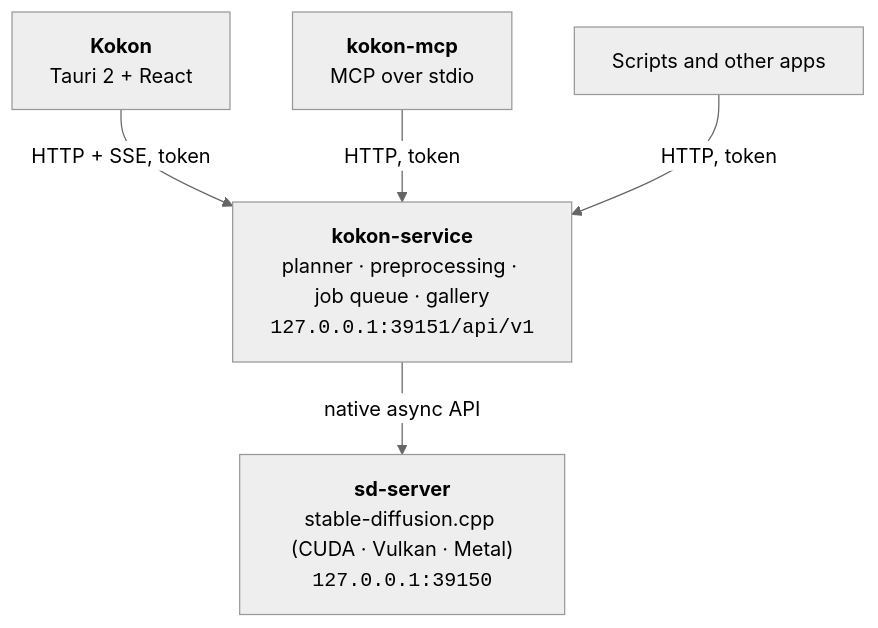
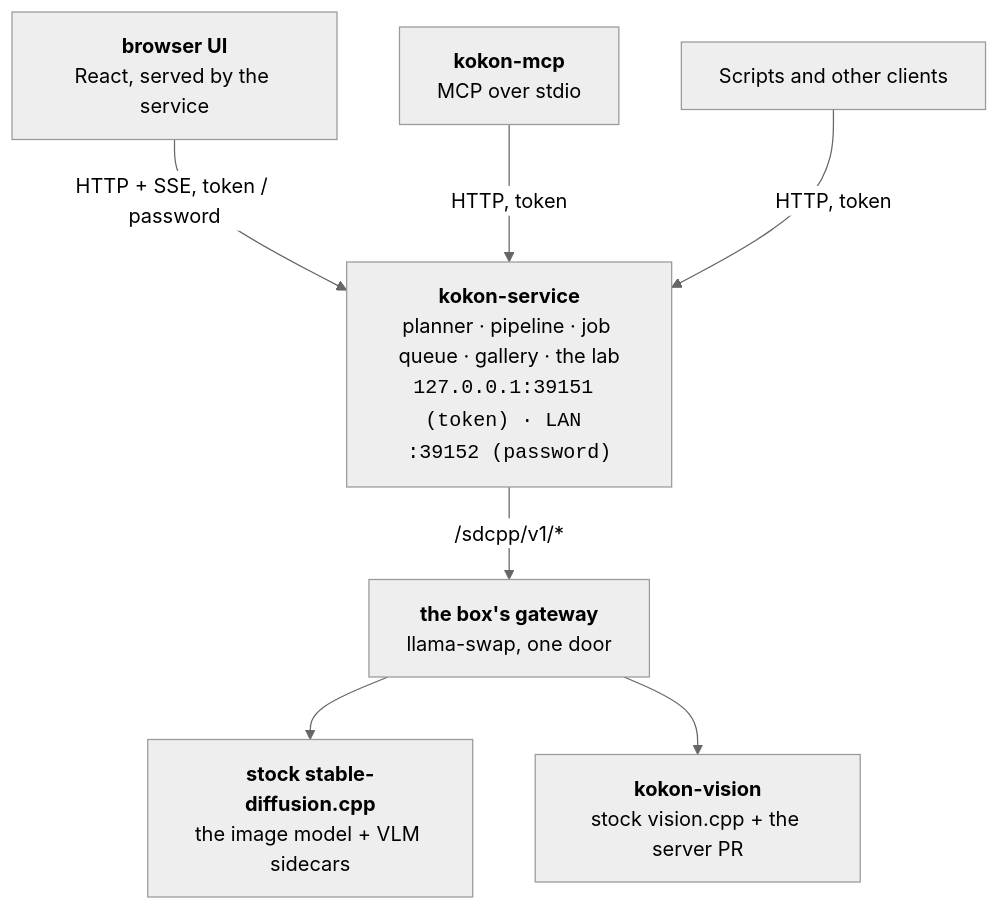
The second of 2 diagrams in README.md (iamskeole/kokon-ee), drawn with Mermaid (neutral theme) before and after one commit. The commit also changed other lines of this file and 34 other files, not shown here.

````diff
--- a/README.md
+++ b/README.md
@@ -812,12 +501,16 @@
 ```mermaid
 flowchart TB
-    UI["<b>Kokon</b><br>Tauri 2 + React"]
+    UI["<b>browser UI</b><br>React, served by the service"]
     MCP["<b>kokon-mcp</b><br>MCP over stdio"]
-    S["Scripts and other apps"]
-    SVC["<b>kokon-service</b><br>planner · preprocessing · job queue · gallery<br><code>127.0.0.1:39151/api/v1</code>"]
-    SD["<b>sd-server</b><br>stable-diffusion.cpp (CUDA · Vulkan · Metal)<br><code>127.0.0.1:39150</code>"]
-    UI -- "HTTP + SSE, token" --> SVC
+    S["Scripts and other clients"]
+    SVC["<b>kokon-service</b><br>planner · pipeline · job queue · gallery · the lab<br><code>127.0.0.1:39151 (token) · LAN :39152 (password)</code>"]
+    GW["<b>the box's gateway</b><br>llama-swap, one door"]
+    SD["<b>stock stable-diffusion.cpp</b><br>the image model + VLM sidecars"]
+    V["<b>kokon-vision</b><br>stock vision.cpp + the server PR"]
+    UI -- "HTTP + SSE, token / password" --> SVC
     MCP -- "HTTP, token" --> SVC
     S -- "HTTP, token" --> SVC
-    SVC -- "native async API" --> SD
+    SVC -- "/sdcpp/v1/*" --> GW
+    GW --> SD
+    GW --> V
 ```
````
